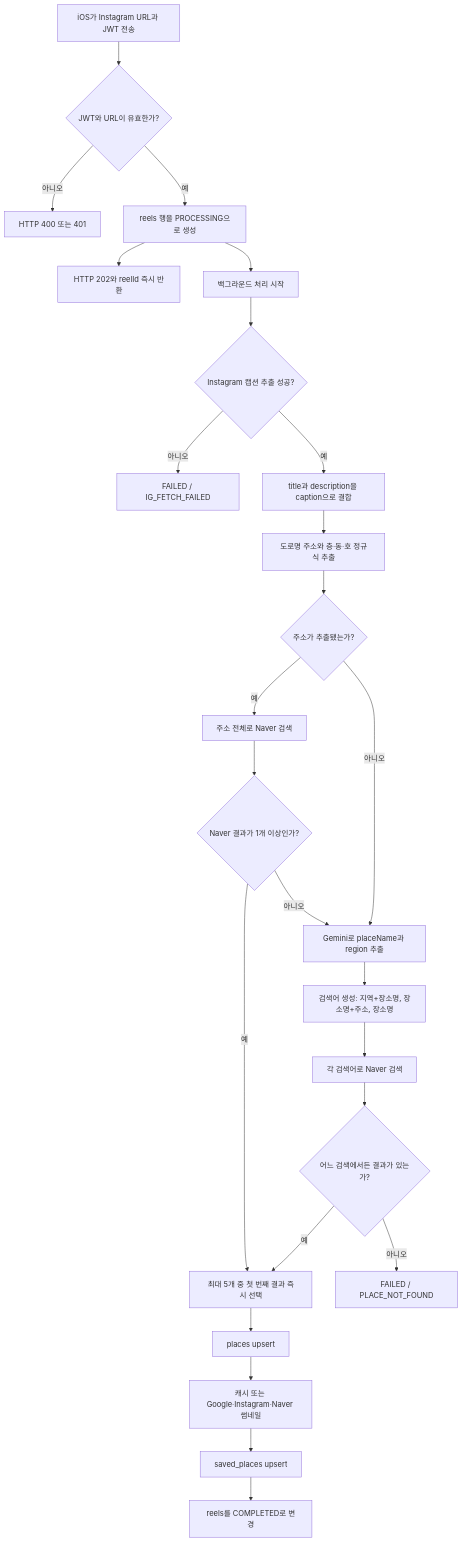
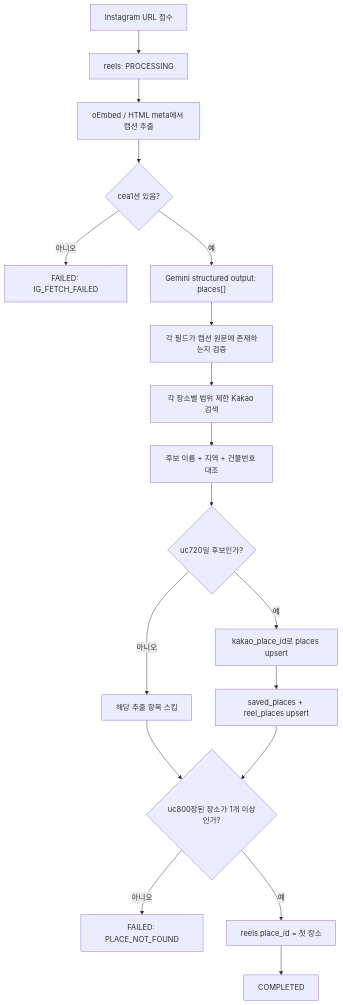
One commit to Jiihyun/yeogidam changed the first of 2 diagrams in docs/mvp-place-matching-release-report.md. Above: the diagram before and after it, drawn with Mermaid. The commit also changed other lines of this file and 23 other files, not shown here.

Commit message:
feat: use Kakao place IDs for reel matching

````diff
--- a/docs/mvp-place-matching-release-report.md
+++ b/docs/mvp-place-matching-release-report.md
@@ -73,31 +38,20 @@
 ```mermaid
 flowchart TD
-    A["iOS가 Instagram URL과 JWT 전송"] --> B{"JWT와 URL이 유효한가?"}
-    B -- "아니오" --> B1["HTTP 400 또는 401"]
-    B -- "예" --> C["reels 행을 PROCESSING으로 생성"]
-    C --> D["HTTP 202와 reelId 즉시 반환"]
-    C --> E["백그라운드 처리 시작"]
-
-    E --> F{"Instagram 캡션 추출 성공?"}
-    F -- "아니오" --> F1["FAILED / IG_FETCH_FAILED"]
-    F -- "예" --> G["title과 description을 caption으로 결합"]
-    G --> H["도로명 주소와 층·동·호 정규식 추출"]
-
-    H --> I{"주소가 추출됐는가?"}
-    I -- "예" --> J["주소 전체로 Naver 검색"]
-    I -- "아니오" --> K["Gemini로 placeName과 region 추출"]
-    J --> L{"Naver 결과가 1개 이상인가?"}
-    L -- "예" --> M["최대 5개 중 첫 번째 결과 즉시 선택"]
-    L -- "아니오" --> K
-
-    K --> N["검색어 생성: 지역+장소명, 장소명+주소, 장소명"]
-    N --> O["각 검색어로 Naver 검색"]
-    O --> P{"어느 검색에서든 결과가 있는가?"}
-    P -- "예" --> M
-    P -- "아니오" --> P1["FAILED / PLACE_NOT_FOUND"]
-
-    M --> Q["places upsert"]
-    Q --> R["캐시 또는 Google·Instagram·Naver 썸네일"]
-    R --> S["saved_places upsert"]
-    S --> T["reels를 COMPLETED로 변경"]
+    A["Instagram URL 접수"] --> B["reels: PROCESSING"]
+    B --> C["oEmbed / HTML meta에서 캡션 추출"]
+    C --> D{"cea1션 있음?"}
+    D -- "아니오" --> X["FAILED: IG_FETCH_FAILED"]
+    D -- "예" --> E["Gemini structured output: places[]"]
+    E --> F["각 필드가 캡션 원문에 존재하는지 검증"]
+    F --> G["각 장소별 범위 제한 Kakao 검색"]
+    G --> H["후보 이름 + 지역 + 건물번호 대조"]
+    H --> I{"uc720일 후보인가?"}
+    I -- "아니오" --> J["해당 추출 항목 스킵"]
+    I -- "예" --> K["kakao_place_id로 places upsert"]
+    K --> L["saved_places + reel_places upsert"]
+    J --> M{"uc800장된 장소가 1개 이상인가?"}
+    L --> M
+    M -- "아니오" --> Y["FAILED: PLACE_NOT_FOUND"]
+    M -- "예" --> N["reels.place_id = 첫 장소"]
+    N --> O["COMPLETED"]
 ```
````
